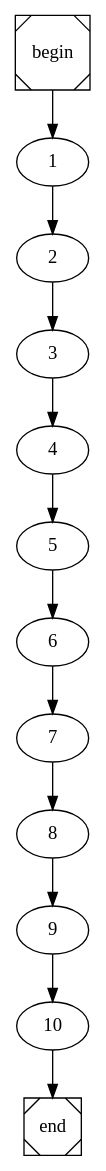
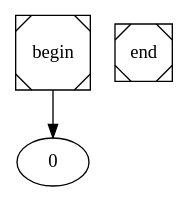
The diagram in constInstr.dot (arubenruben/JMM-Compiler), drawn with Graphviz before and after one commit. The commit also changed 5 other files, not shown here.

```diff
--- a/constInstr.dot
+++ b/constInstr.dot
@@ -1,4 +1,4 @@
 digraph cfg {
 	begin [shape=Msquare];
 	end [shape=Msquare];
-	begin -> 1;	1 -> 2;	2 -> 3;	3 -> 4;	4 -> 5;	5 -> 6;	6 -> 7;	7 -> 8;	8 -> 9;	9 -> 10;	10 -> end;}
+	begin -> 0;}
```
